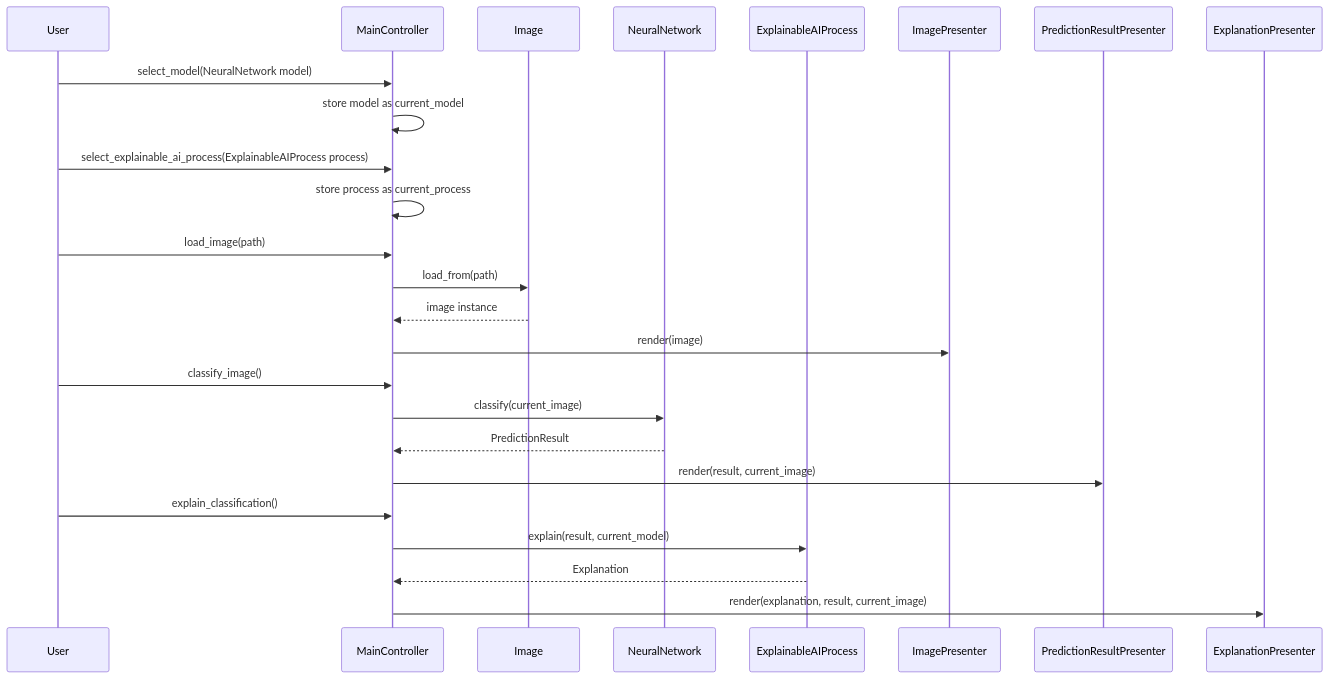
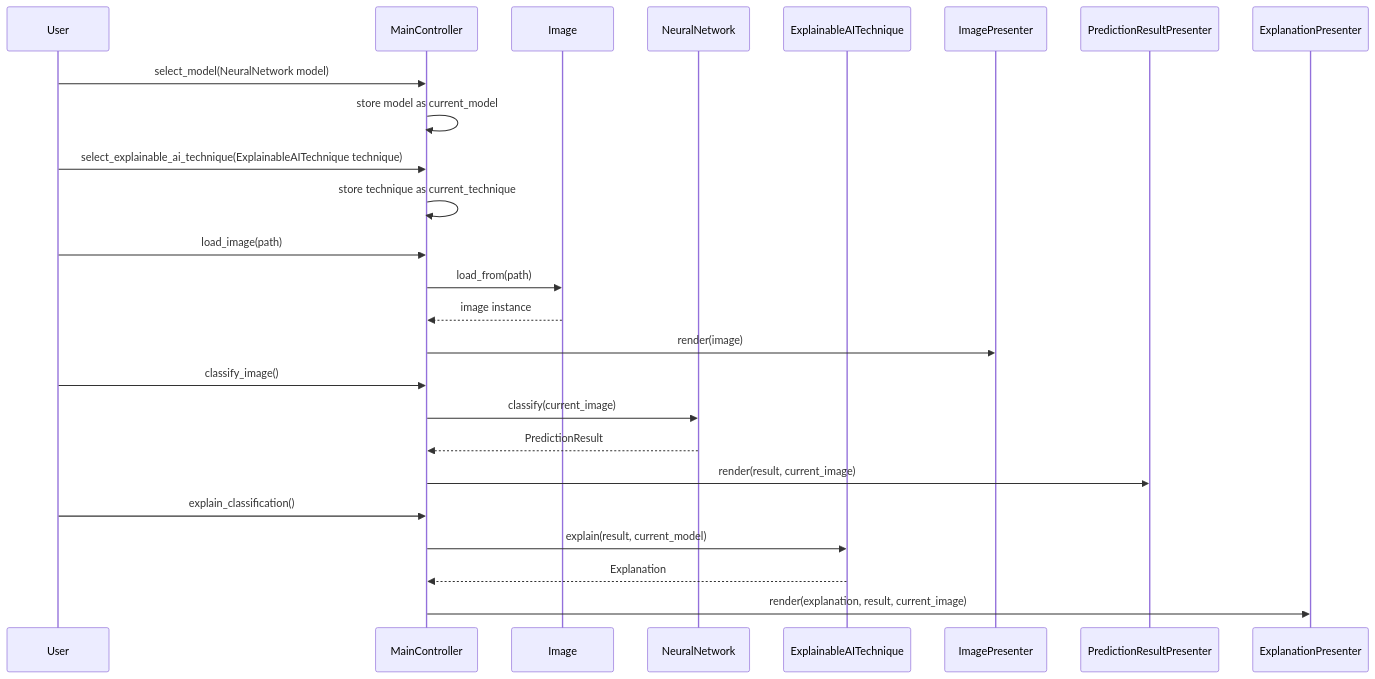
One commit to GermainGirndt/visual-explanaible-ai changed the diagram in documentation/03_sequence_diagram.md. Above: the diagram before and after it, drawn with Mermaid. The commit also changed 3 other files, not shown here.

Commit message:
Refactor terminology from "ExplainableAIProcess" to "ExplainableAITechnique" in documentation and diagrams for consistency

````diff
--- a/documentation/03_sequence_diagram.md
+++ b/documentation/03_sequence_diagram.md
@@ -3,33 +3,33 @@
 ```mermaid
 
 sequenceDiagram
     participant User
     participant MainController
     participant Image
     participant NeuralNetwork
-    participant ExplainableAIProcess
+    participant ExplainableAITechnique
     participant ImagePresenter
     participant PredictionResultPresenter
     participant ExplanationPresenter
 
     User->>MainController: select_model(NeuralNetwork model)
     MainController->>MainController: store model as current_model
 
-    User->>MainController: select_explainable_ai_process(ExplainableAIProcess process)
-    MainController->>MainController: store process as current_process
+    User->>MainController: select_explainable_ai_technique(ExplainableAITechnique technique)
+    MainController->>MainController: store technique as current_technique
 
     User->>MainController: load_image(path)
     MainController->>Image: load_from(path)
     Image-->>MainController: image instance
     MainController->>ImagePresenter: render(image)
 
     User->>MainController: classify_image()
     MainController->>NeuralNetwork: classify(current_image)
     NeuralNetwork-->>MainController: PredictionResult
     MainController->>PredictionResultPresenter: render(result, current_image)
 
     User->>MainController: explain_classification()
-    MainController->>ExplainableAIProcess: explain(result, current_model)
-    ExplainableAIProcess-->>MainController: Explanation
+    MainController->>ExplainableAITechnique: explain(result, current_model)
+    ExplainableAITechnique-->>MainController: Explanation
     MainController->>ExplanationPresenter: render(explanation, result, current_image)
 ```
````
